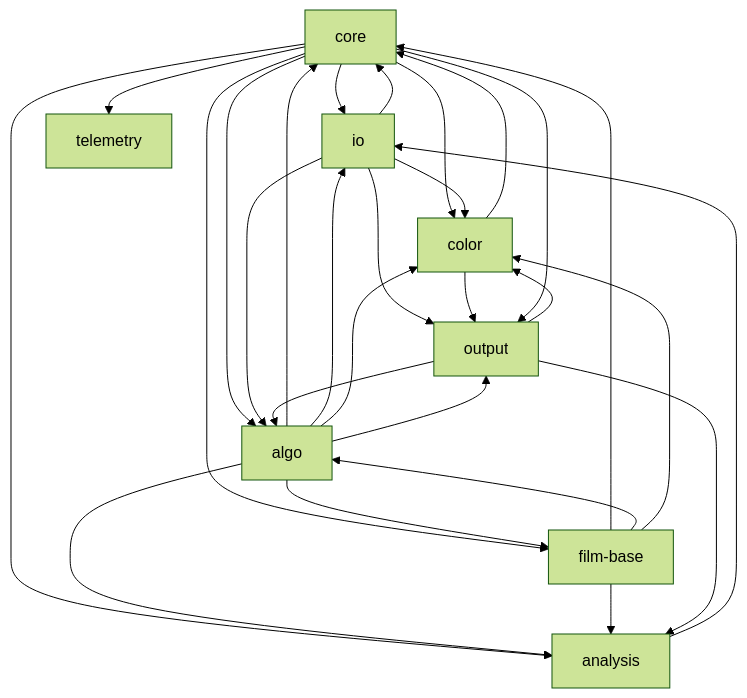
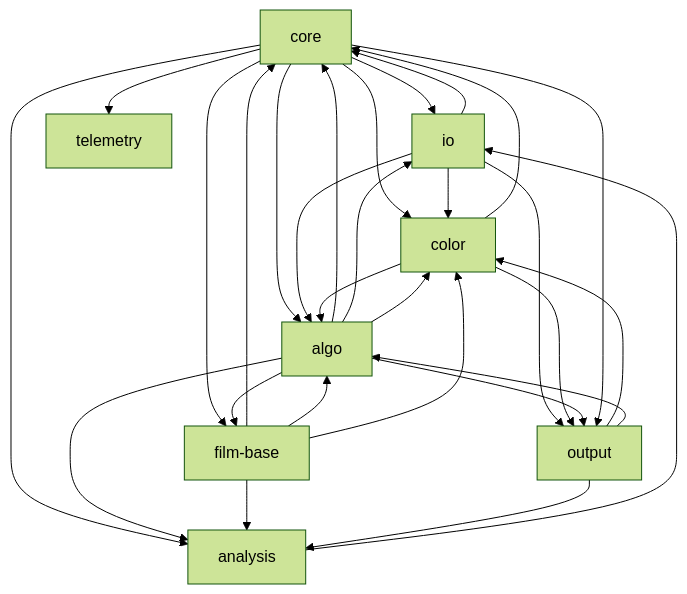
Before and after one commit to lix42/negative-converter: the first of 2 diagrams in docs/TASKS.md, drawn with Mermaid (forest theme). The commit also changed other lines of this file and 17 other files, not shown here.

````diff
--- a/docs/TASKS.md
+++ b/docs/TASKS.md
@@ -94,38 +94,39 @@
 ```mermaid
 graph TD
   core
   io
   film-base
   algo
   color
   output
   telemetry
   analysis
   core --> io
   core --> color
   core --> film-base
   core --> algo
   io --> core
   color --> core
   film-base --> core
   algo --> core
   analysis --> io
   core --> analysis
   core --> telemetry
   algo --> analysis
   film-base --> analysis
   algo --> film-base
   algo --> io
   io --> color
   io --> algo
   io --> output
   film-base --> algo
   algo --> color
+  color --> algo
   film-base --> color
   color --> output
   algo --> output
   output --> color
   core --> output
   output --> algo
   output --> analysis
 ```
````
